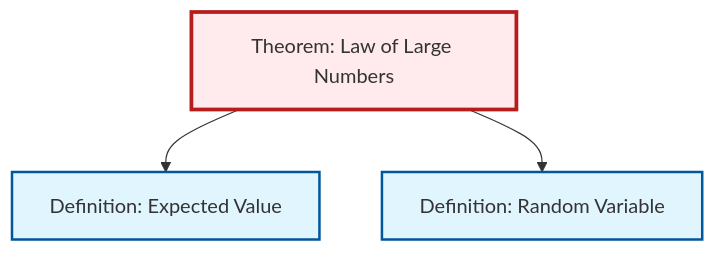
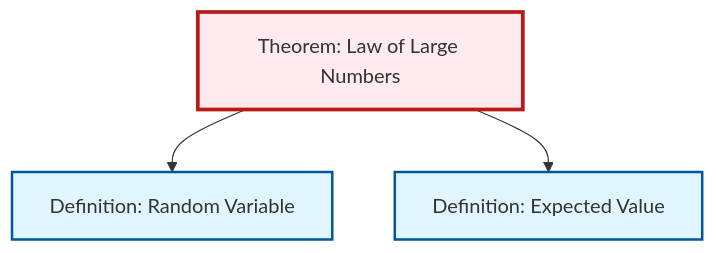
One commit to RK0429/ModernMath changed the second of 2 diagrams in content/en/probability-statistics/thm-law-of-large-numbers.qmd. Above: the diagram before and after it, drawn with Mermaid. The commit also changed 511 other files, not shown here.

````diff
--- a/content/en/probability-statistics/thm-law-of-large-numbers.qmd
+++ b/content/en/probability-statistics/thm-law-of-large-numbers.qmd
@@ -81,18 +81,15 @@
 ```{mermaid}
 %%| fig-cap: "Local dependency graph"
 graph TD
     classDef definition fill:#e1f5fe,stroke:#01579b,stroke-width:2px
     classDef theorem fill:#f3e5f5,stroke:#4a148c,stroke-width:2px
     classDef axiom fill:#fff3e0,stroke:#e65100,stroke-width:2px
     classDef example fill:#e8f5e9,stroke:#1b5e20,stroke-width:2px
     classDef current fill:#ffebee,stroke:#b71c1c,stroke-width:3px
+    thm-law-of-large-numbers["Theorem: Law of Large Numbers"]:::theorem
+    def-random-variable["Definition: Random Variable"]:::definition
     def-expectation["Definition: Expected Value"]:::definition
-    def-random-variable["Definition: Random Variable"]:::definition
-    thm-law-of-large-numbers["Theorem: Law of Large Numbers"]:::theorem
+    thm-law-of-large-numbers --> def-random-variable
     thm-law-of-large-numbers --> def-expectation
-    thm-law-of-large-numbers --> def-random-variable
     class thm-law-of-large-numbers current
-
-    click def-expectation "def-expectation.html" "Go to Expected Value definition"
-    click def-random-variable "def-random-variable.html" "Go to Random Variable definition"
 ```
````
